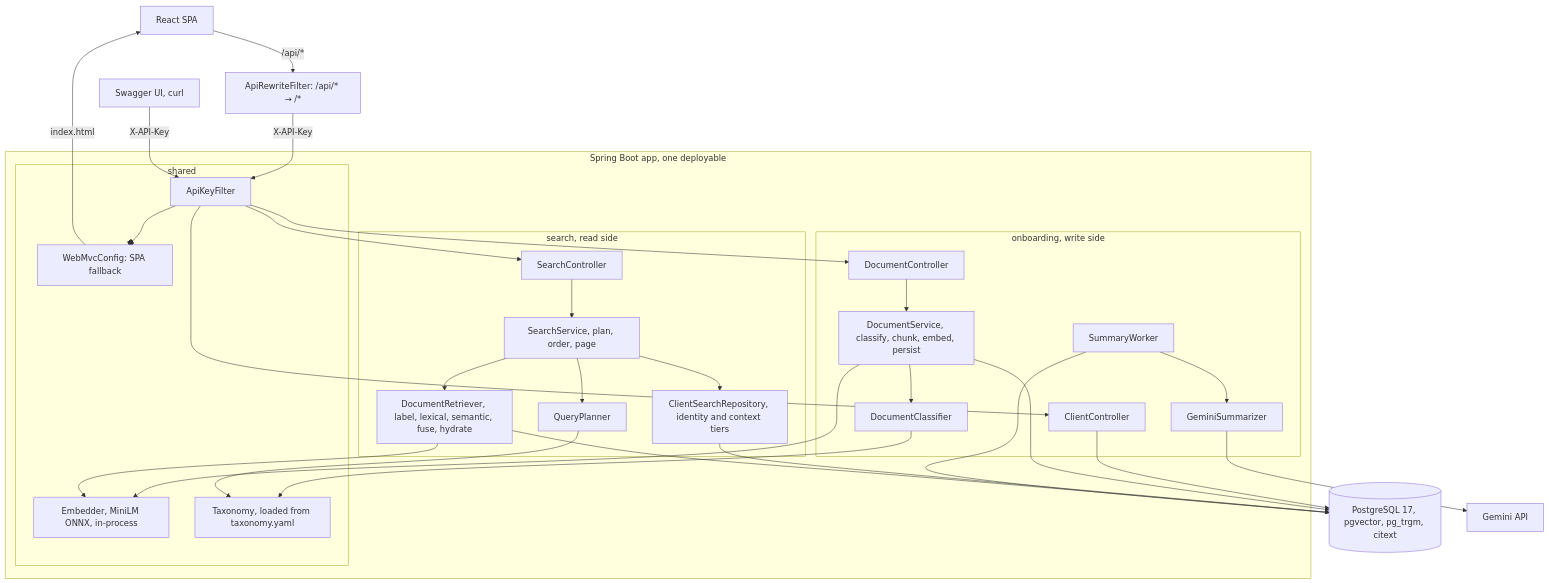
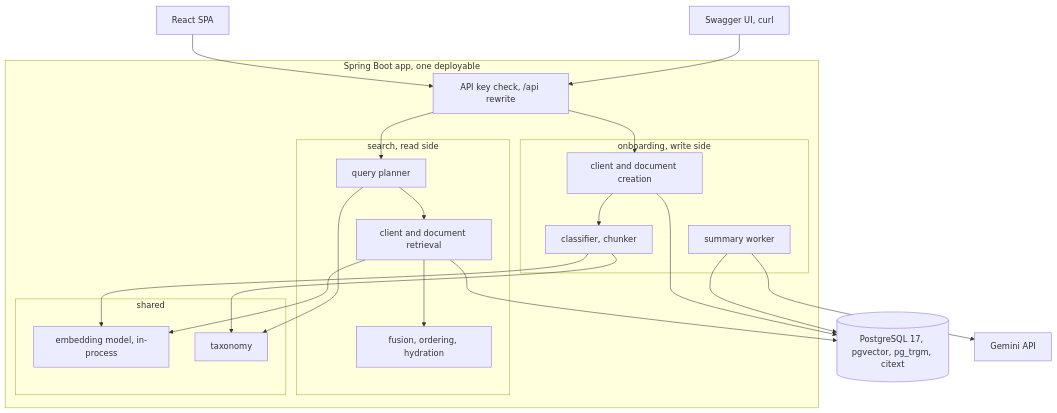
One commit to TsybulskyStepan/unified-search changed the first of 2 diagrams in docs/system-design.md. Above: the diagram before and after it, drawn with Mermaid. The commit also changed other lines of this file and 2 other files, not shown here.

````diff
--- a/docs/system-design.md
+++ b/docs/system-design.md
@@ -31,51 +25,38 @@
 ```mermaid
 flowchart TB
     UI["React SPA"]
     SWAGGER["Swagger UI, curl"]
-    ARF["ApiRewriteFilter: /api/* → /*"]
 
     subgraph App["Spring Boot app, one deployable"]
-        subgraph Shared["shared"]
-            F["ApiKeyFilter"]
-            EMB["Embedder, MiniLM ONNX, in-process"]
-            TAX["Taxonomy, loaded from taxonomy.yaml"]
-            WMC["WebMvcConfig: SPA fallback"]
-        end
+        AUTH["API key check, /api rewrite"]
         subgraph Onboarding["onboarding, write side"]
-            CC["ClientController"]
-            DC["DocumentController"]
-            DS["DocumentService, classify, chunk, embed, persist"]
-            CLS["DocumentClassifier"]
-            SW["SummaryWorker"]
-            SUM["GeminiSummarizer"]
+            CR["client and document creation"]
+            CLS["classifier, chunker"]
+            SW["summary worker"]
         end
         subgraph Search["search, read side"]
-            SC["SearchController"]
-            SS["SearchService, plan, order, page"]
-            QP["QueryPlanner"]
-            CR["ClientSearchRepository, identity and context tiers"]
-            DR["DocumentRetriever, label, lexical, semantic, fuse, hydrate"]
+            PL["query planner"]
+            RET["client and document retrieval"]
+            ORD["fusion, ordering, hydration"]
+        end
+        subgraph Shared["shared"]
+            EMB["embedding model, in-process"]
+            TAX["taxonomy"]
         end
     end
     PG[("PostgreSQL 17, pgvector, pg_trgm, citext")]
     VX["Gemini API"]
 
-    UI -->|/api/*| ARF
-    ARF -->|X-API-Key| F
-    SWAGGER -->|X-API-Key| F
-    F --> CC & DC & SC
-    F --o WMC
-    WMC -->|index.html| UI
-    CC --> PG
-    DC --> DS
-    DS --> CLS --> TAX
-    DS --> EMB
-    DS --> PG
-    SC --> SS
-    SS --> QP --> TAX
-    SS --> CR --> PG
-    SS --> DR --> PG
-    DR --> EMB
+    UI --> AUTH
+    SWAGGER --> AUTH
+    AUTH --> CR & PL
+    CR --> CLS --> TAX
+    CLS --> EMB
+    CR --> PG
+    PL --> TAX
+    PL --> RET --> PG
+    RET --> EMB
+    RET --> ORD
     SW --> PG
-    SW --> SUM --> VX
+    SW --> VX
 ```
````
